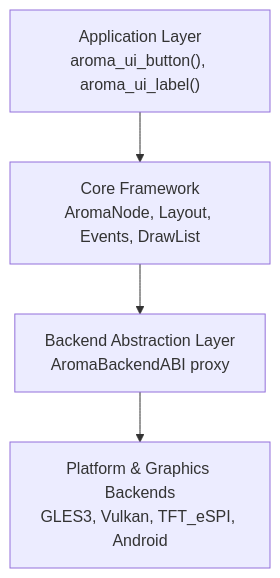
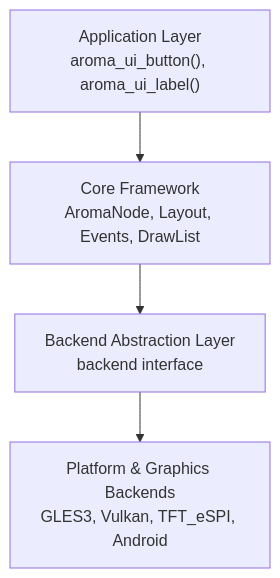
One commit to BinaryInkTN/AromaUI changed the first of 2 diagrams in docs/overview/Architecture-Overview.md. Above: the diagram before and after it, drawn with Mermaid. The commit also changed other lines of this file and 187 other files, not shown here.

````diff
--- a/docs/overview/Architecture-Overview.md
+++ b/docs/overview/Architecture-Overview.md
@@ -6,11 +6,11 @@
 ```mermaid
 flowchart TD
     App["Application Layer<br/>aroma_ui_button(), aroma_ui_label()"]
     Core["Core Framework<br/>AromaNode, Layout, Events, DrawList"]
-    ABI["Backend Abstraction Layer<br/>AromaBackendABI proxy"]
+    ABI["Backend Abstraction Layer<br/>backend interface"]
     Backends["Platform & Graphics Backends<br/>GLES3, Vulkan, TFT_eSPI, Android"]
     
     App --> Core
     Core --> ABI
     ABI --> Backends
 ```
````
